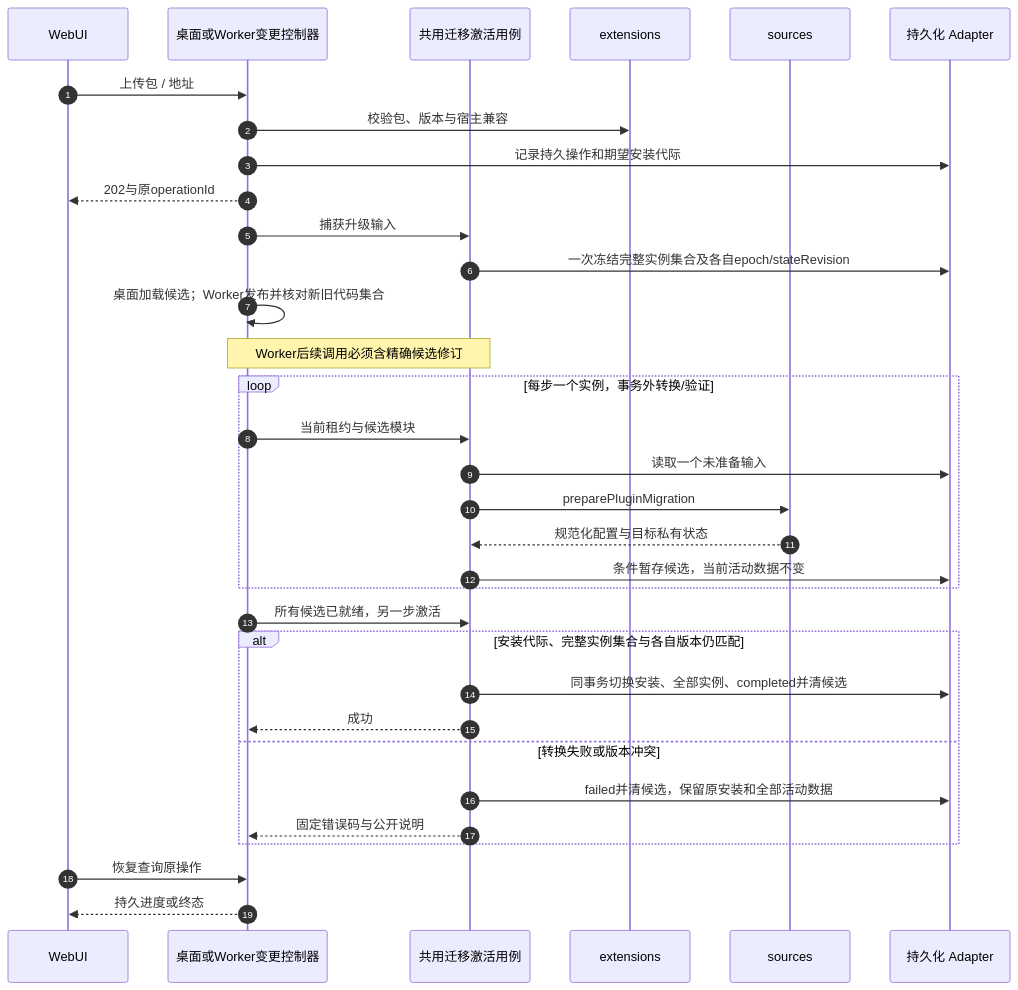
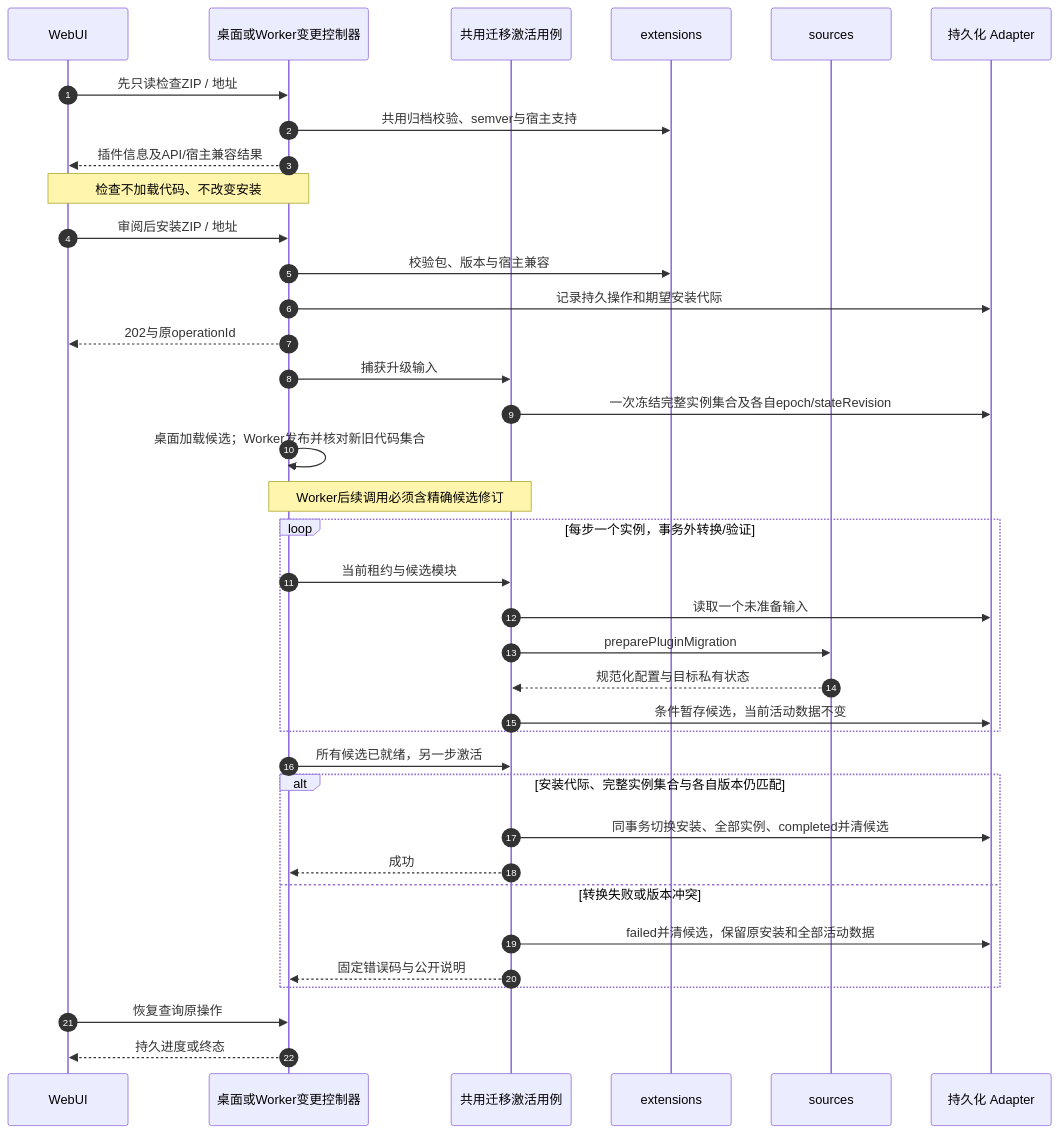
Diagram 11 of 13 in docs/architecture/diagrams.md (shengyusi-SYS/musicfs), drawn with Mermaid before and after one commit. The commit also changed other lines of this file and 23 other files, not shown here.

````diff
--- a/docs/architecture/diagrams.md
+++ b/docs/architecture/diagrams.md
@@ -333,35 +335,39 @@
 ```mermaid
 sequenceDiagram
   autonumber
   participant U as WebUI
   participant H as 桌面或Worker变更控制器
   participant C as 共用迁移激活用例
   participant E as extensions
   participant S as sources
   participant DB as 持久化 Adapter
-  U->>H: 上传包 / 地址
+  U->>H: 先只读检查ZIP / 地址
+  H->>E: 共用归档校验、semver与宿主支持
+  H-->>U: 插件信息及API/宿主兼容结果
+  Note over U,H: 检查不加载代码、不改变安装
+  U->>H: 审阅后安装ZIP / 地址
   H->>E: 校验包、版本与宿主兼容
   H->>DB: 记录持久操作和期望安装代际
   H-->>U: 202与原operationId
   H->>C: 捕获升级输入
   C->>DB: 一次冻结完整实例集合及各自epoch/stateRevision
   H->>H: 桌面加载候选；Worker发布并核对新旧代码集合
   Note over H,C: Worker后续调用必须含精确候选修订
   loop 每步一个实例，事务外转换/验证
     H->>C: 当前租约与候选模块
     C->>DB: 读取一个未准备输入
     C->>S: preparePluginMigration
     S-->>C: 规范化配置与目标私有状态
     C->>DB: 条件暂存候选，当前活动数据不变
   end
   H->>C: 所有候选已就绪，另一步激活
   alt 安装代际、完整实例集合与各自版本仍匹配
     C->>DB: 同事务切换安装、全部实例、completed并清候选
     C-->>H: 成功
   else 转换失败或版本冲突
     C->>DB: failed并清候选，保留原安装和全部活动数据
     C-->>H: 固定错误码与公开说明
   end
   U->>H: 恢复查询原操作
   H-->>U: 持久进度或终态
 ```
````
